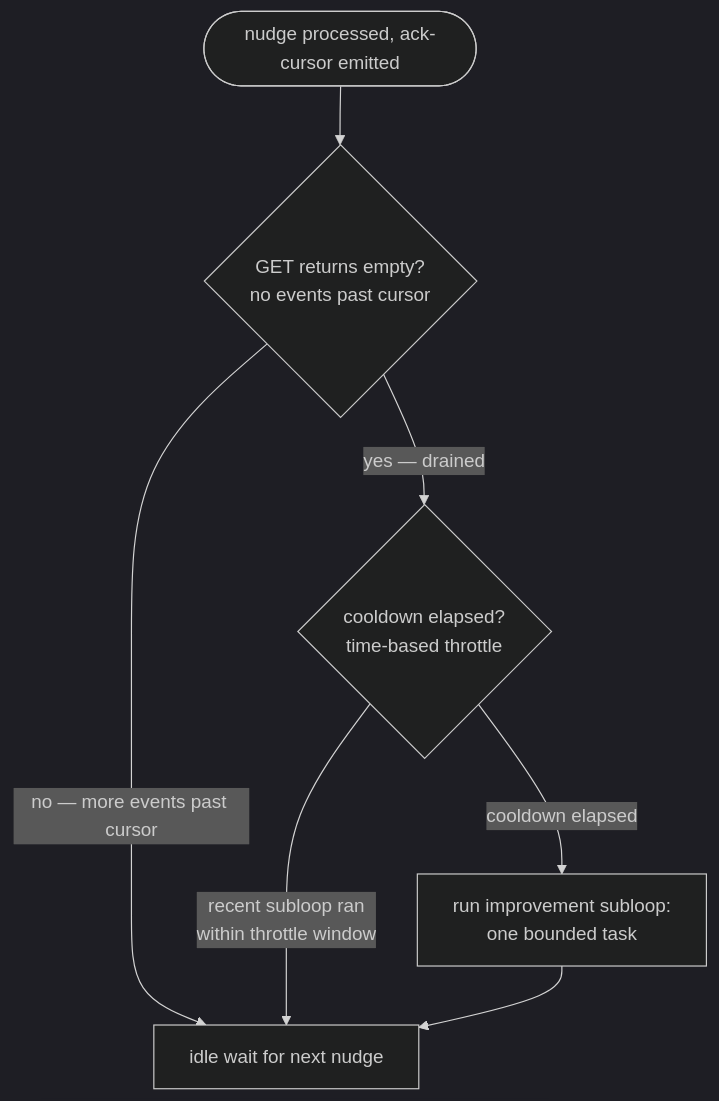
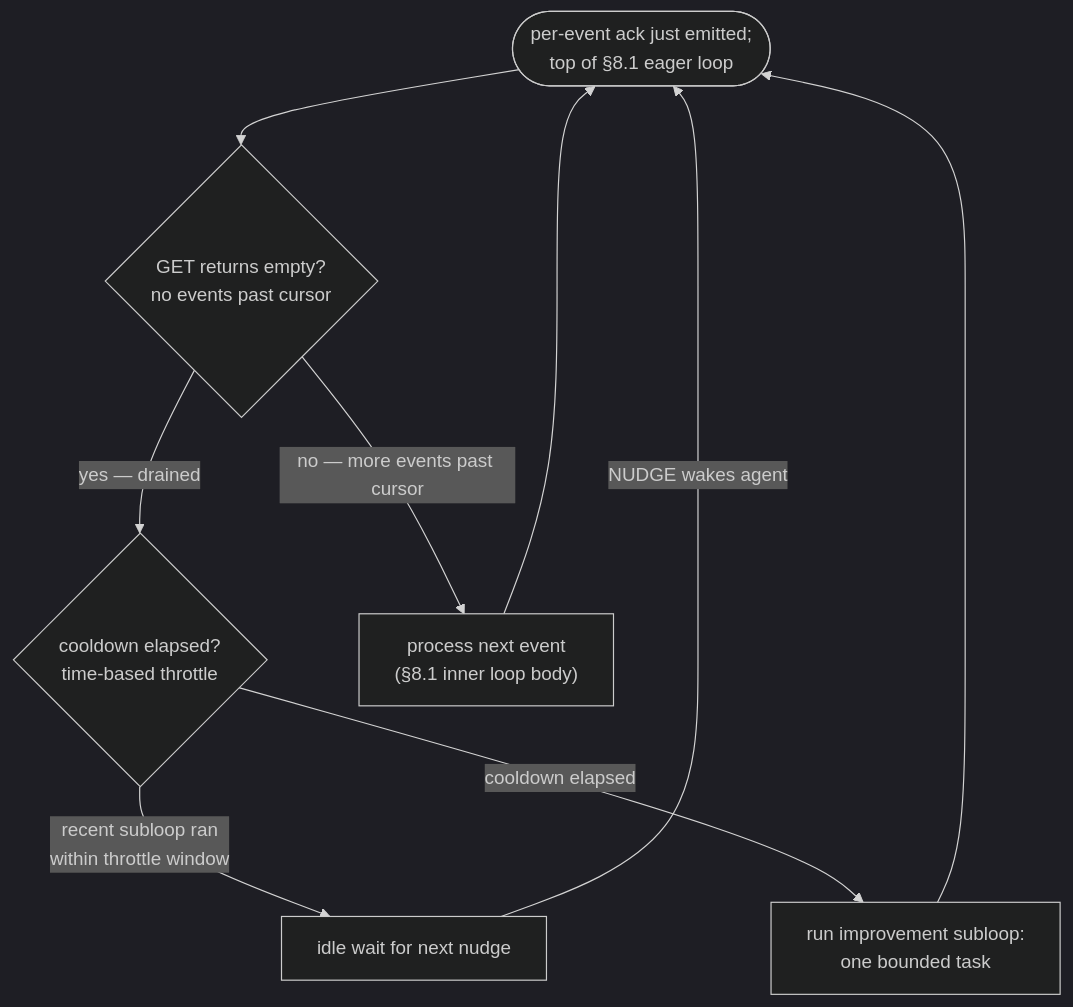
One commit to WallyDoodlez/SquidSquad changed diagram 14 of 15 in docs/AGENT-RUNTIME.md. Above: the diagram before and after it, drawn with Mermaid (dark theme). The commit also changed other lines of this file and 228 other files, not shown here.

````diff
--- a/docs/AGENT-RUNTIME.md
+++ b/docs/AGENT-RUNTIME.md
@@ -1051,15 +1072,18 @@
 ```mermaid
 flowchart TD
-    Start(["nudge processed, ack-cursor emitted"])
+    Start(["per-event ack just emitted;<br/>top of §8.1 eager loop"])
     QEmpty{"GET returns empty?<br/>no events past cursor"}
     Throttle{"cooldown elapsed?<br/>time-based throttle"}
     Subloop["run improvement subloop:<br/>one bounded task"]
     Idle["idle wait for next nudge"]
+    Process["process next event<br/>(§8.1 inner loop body)"]
 
     Start --> QEmpty
-    QEmpty -->|"no — more events past cursor"| Idle
+    QEmpty -->|"no — more events past cursor"| Process
+    Process --> Start
     QEmpty -->|"yes — drained"| Throttle
     Throttle -->|"recent subloop ran<br/>within throttle window"| Idle
     Throttle -->|"cooldown elapsed"| Subloop
-    Subloop --> Idle
+    Subloop --> Start
+    Idle -->|"NUDGE wakes agent"| Start
 ```
````
